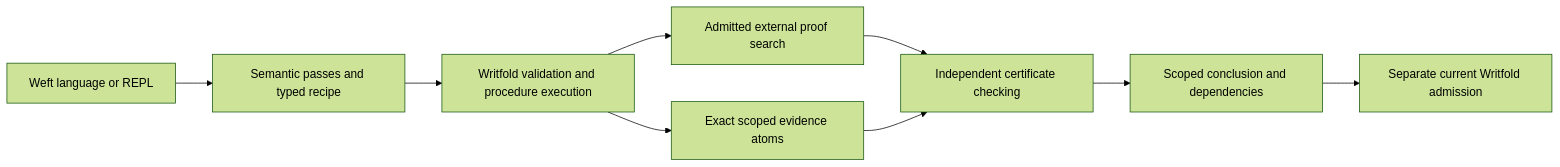
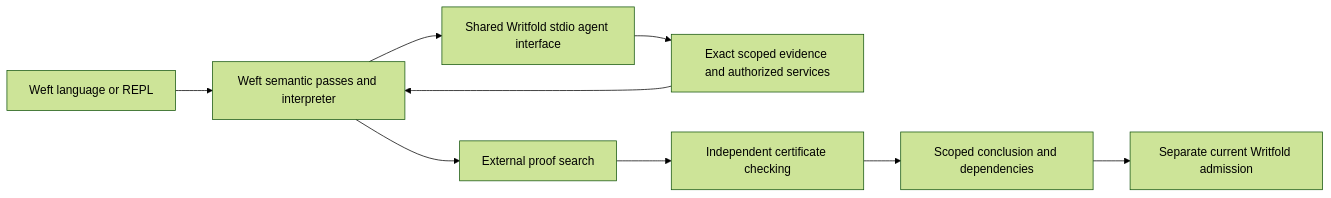
One commit to writfold-dev/writfold changed the diagram in docs/writfold/proof-query-exploration.md. Above: the diagram before and after it, drawn with Mermaid (forest theme). The commit also changed other lines of this file, not shown here.

Commit message:
docs: keep Weft interpreter on the shared Writfold stdio interface

````diff
--- a/docs/writfold/proof-query-exploration.md
+++ b/docs/writfold/proof-query-exploration.md
@@ -115,11 +115,11 @@
 ```mermaid
 flowchart LR
-    S[Weft language or REPL] --> I[Semantic passes and typed recipe]
-    I --> W[Writfold validation and procedure execution]
-    W --> E[Exact scoped evidence atoms]
-    W --> P[Admitted external proof search]
+    S[Weft language or REPL] --> I[Weft semantic passes and interpreter]
+    I --> W[Shared Writfold stdio agent interface]
+    W --> E[Exact scoped evidence and authorized services]
+    E --> I
+    I --> P[External proof search]
     P --> C[Independent certificate checking]
-    E --> C
     C --> R[Scoped conclusion and dependencies]
     R --> A[Separate current Writfold admission]
 ```
````
